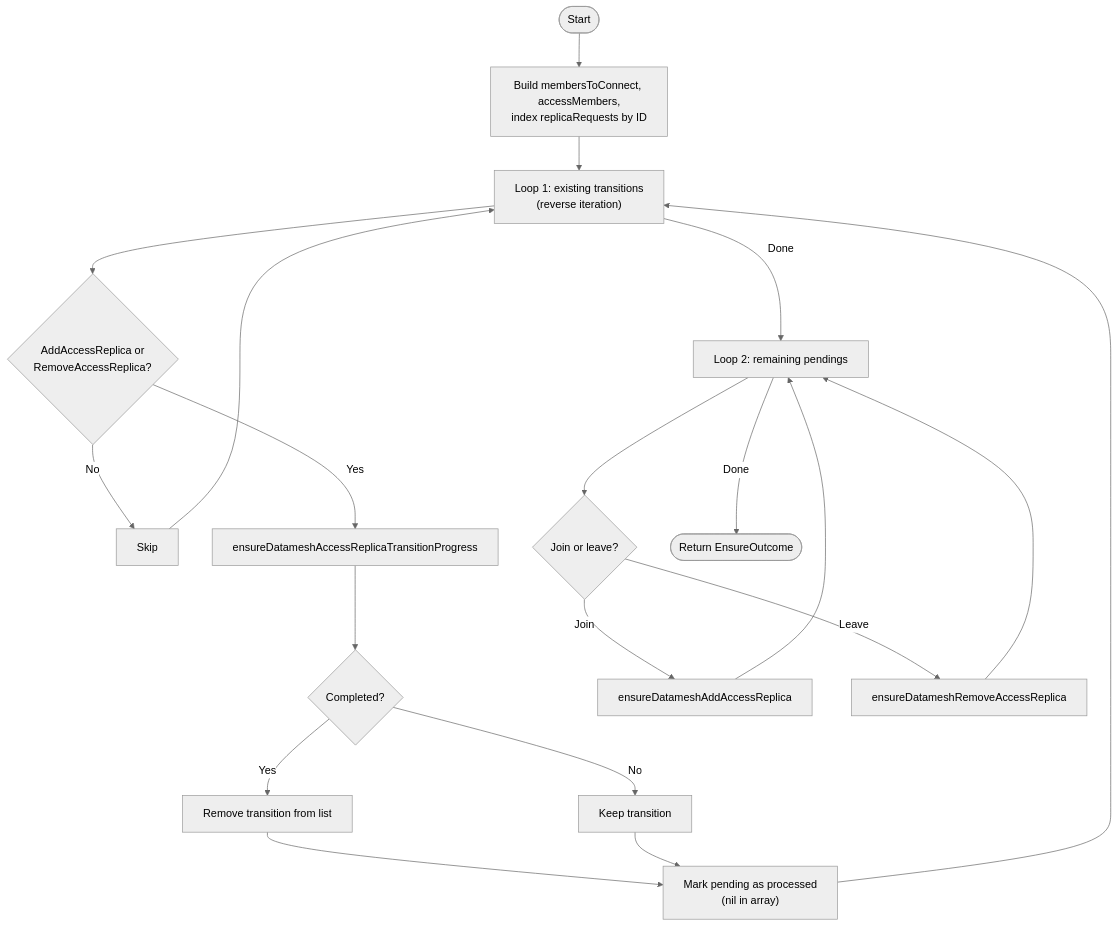
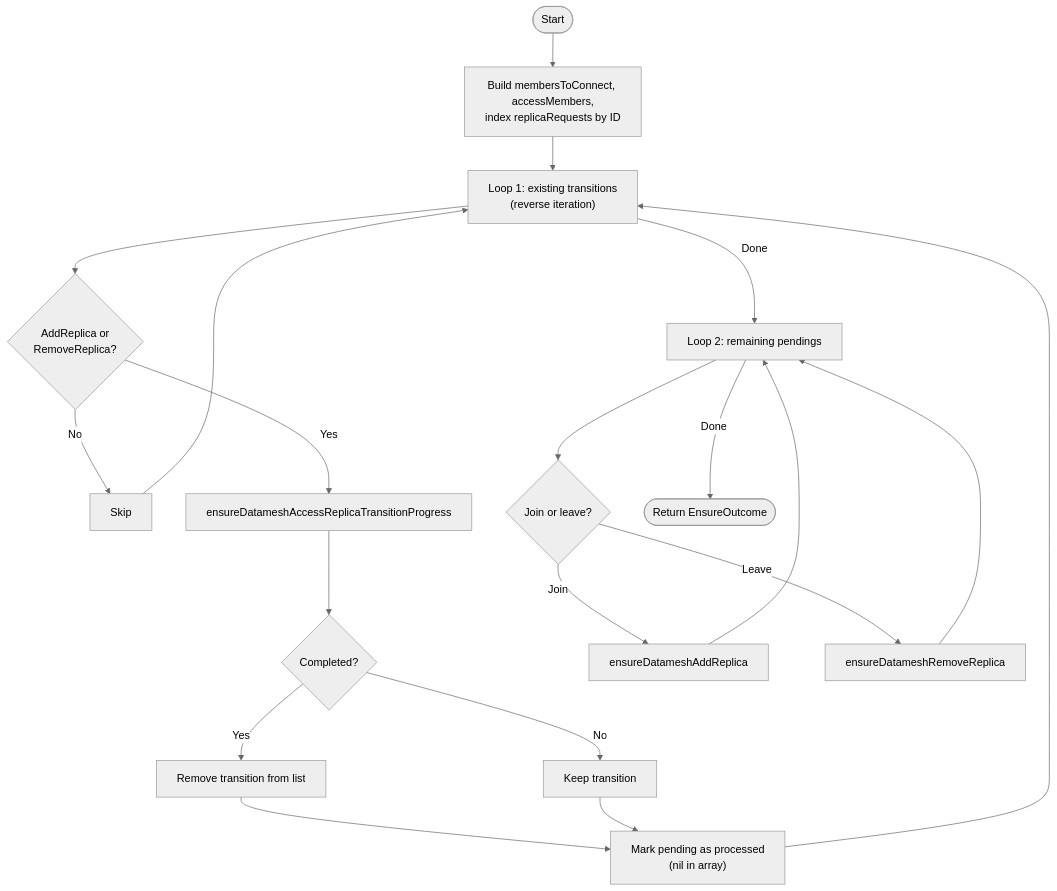
One commit to deckhouse/sds-replicated-volume changed the tenth of 13 diagrams in images/controller/internal/controllers/rv_controller/README.md. Above: the diagram before and after it, drawn with Mermaid (neutral theme). The commit also changed other lines of this file and 12 other files, not shown here.

````diff
--- a/images/controller/internal/controllers/rv_controller/README.md
+++ b/images/controller/internal/controllers/rv_controller/README.md
@@ -850,24 +850,24 @@
 ```mermaid
 flowchart TD
     Start([Start]) --> BuildSets["Build membersToConnect, accessMembers,<br/>index replicaRequests by ID"]
 
     BuildSets --> Loop1["Loop 1: existing transitions<br/>(reverse iteration)"]
-    Loop1 --> CheckType{AddAccessReplica or<br/>RemoveAccessReplica?}
+    Loop1 --> CheckType{AddReplica or<br/>RemoveReplica?}
     CheckType -->|No| SkipTransition[Skip]
     CheckType -->|Yes| Progress[ensureDatameshAccessReplicaTransitionProgress]
     Progress --> Completed{Completed?}
     Completed -->|Yes| RemoveTransition[Remove transition from list]
     Completed -->|No| KeepTransition[Keep transition]
     RemoveTransition --> MarkProcessed["Mark pending as processed<br/>(nil in array)"]
     KeepTransition --> MarkProcessed
     SkipTransition --> Loop1
     MarkProcessed --> Loop1
 
     Loop1 -->|Done| Loop2["Loop 2: remaining pendings"]
     Loop2 --> CheckJoinLeave{Join or leave?}
-    CheckJoinLeave -->|Join| JoinFn[ensureDatameshAddAccessReplica]
-    CheckJoinLeave -->|Leave| LeaveFn[ensureDatameshRemoveAccessReplica]
+    CheckJoinLeave -->|Join| JoinFn[ensureDatameshAddReplica]
+    CheckJoinLeave -->|Leave| LeaveFn[ensureDatameshRemoveReplica]
     JoinFn --> Loop2
     LeaveFn --> Loop2
     Loop2 -->|Done| EndNode([Return EnsureOutcome])
 ```
````
